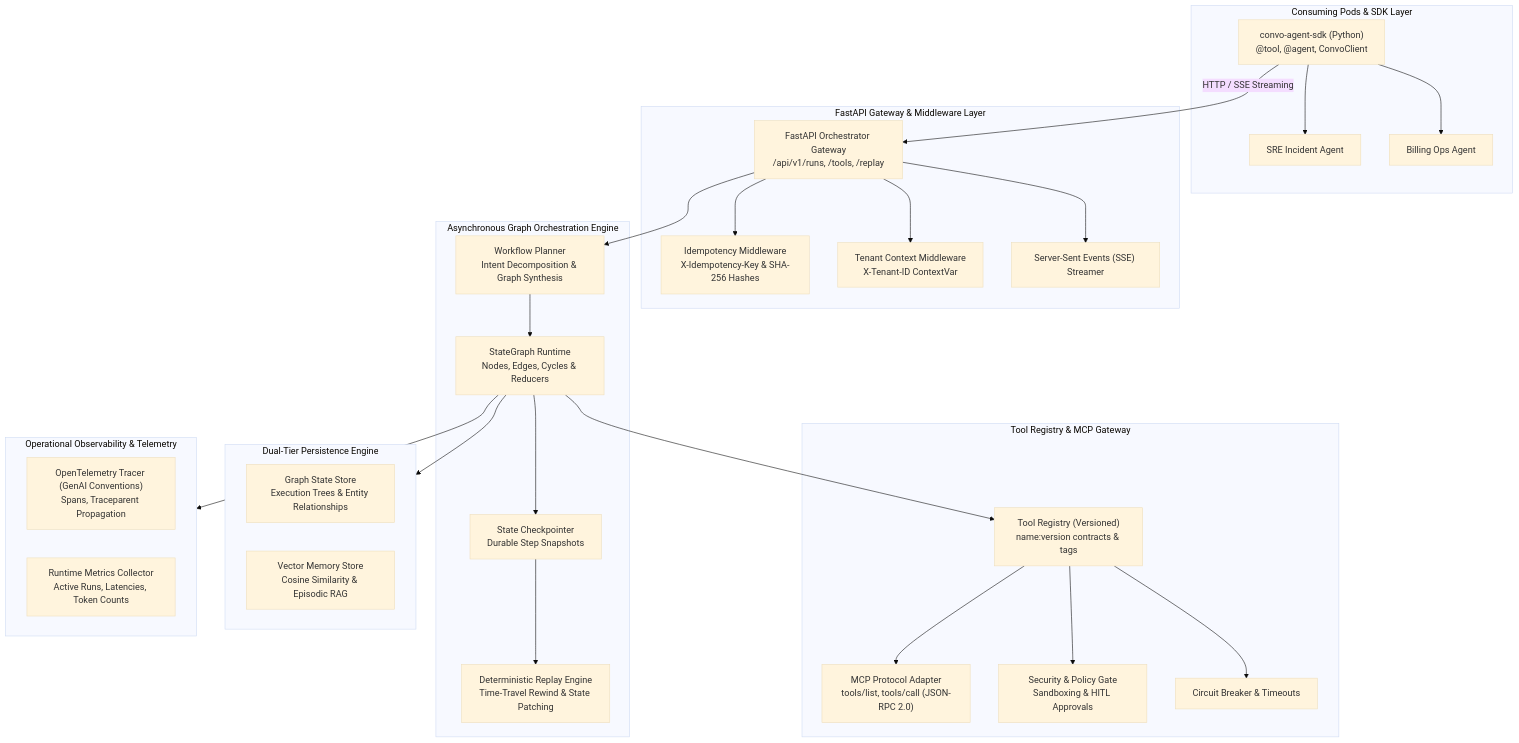
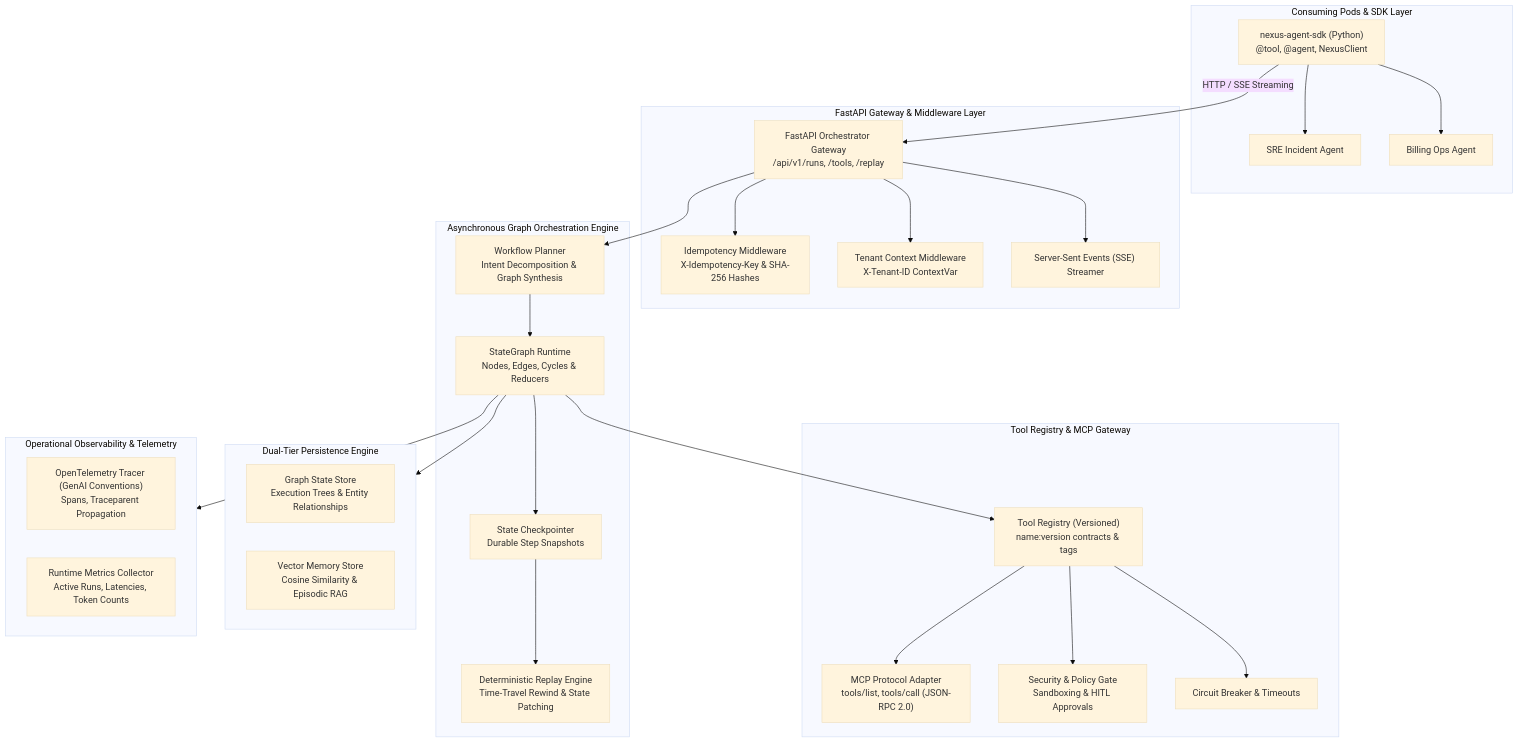
One commit to akmalkhaniub/nexus-agent-runtime changed the diagram in docs/ARCHITECTURE.md. Above: the diagram before and after it, drawn with Mermaid (base theme). The commit also changed other lines of this file and 94 other files, not shown here.

Commit message:
feat: refactor into generic Nexus Agent Runtime platform

````diff
--- a/docs/ARCHITECTURE.md
+++ b/docs/ARCHITECTURE.md
@@ -19,58 +19,58 @@
 ```mermaid
 flowchart TB
     subgraph ClientSDK ["Consuming Pods & SDK Layer"]
-        SDK["convo-agent-sdk (Python)<br/>@tool, @agent, ConvoClient"]
+        SDK["nexus-agent-sdk (Python)<br/>@tool, @agent, NexusClient"]
         AgentSRE["SRE Incident Agent"]
         AgentBilling["Billing Ops Agent"]
         SDK --> AgentSRE
         SDK --> AgentBilling
     end
 
     subgraph Gateway ["FastAPI Gateway & Middleware Layer"]
         API["FastAPI Orchestrator Gateway<br/>/api/v1/runs, /tools, /replay"]
         IdemGuard["Idempotency Middleware<br/>X-Idempotency-Key & SHA-256 Hashes"]
         TenantGuard["Tenant Context Middleware<br/>X-Tenant-ID ContextVar"]
         SSEHub["Server-Sent Events (SSE) Streamer"]
         API --> IdemGuard
         API --> TenantGuard
         API --> SSEHub
     end
 
     subgraph CoreEngine ["Asynchronous Graph Orchestration Engine"]
         Planner["Workflow Planner<br/>Intent Decomposition & Graph Synthesis"]
         StateGraphEngine["StateGraph Runtime<br/>Nodes, Edges, Cycles & Reducers"]
         Checkpointer["State Checkpointer<br/>Durable Step Snapshots"]
         ReplayEngine["Deterministic Replay Engine<br/>Time-Travel Rewind & State Patching"]
         
         Planner --> StateGraphEngine
         StateGraphEngine --> Checkpointer
         Checkpointer --> ReplayEngine
     end
 
     subgraph ToolSubsystem ["Tool Registry & MCP Gateway"]
         Registry["Tool Registry (Versioned)<br/>name:version contracts & tags"]
         MCPAdapter["MCP Protocol Adapter<br/>tools/list, tools/call (JSON-RPC 2.0)"]
         PolicyGate["Security & Policy Gate<br/>Sandboxing & HITL Approvals"]
         CB["Circuit Breaker & Timeouts"]
         
         Registry --> MCPAdapter
         Registry --> PolicyGate
         Registry --> CB
     end
 
     subgraph Persistence ["Dual-Tier Persistence Engine"]
         GraphStore["Graph State Store<br/>Execution Trees & Entity Relationships"]
         VectorStore["Vector Memory Store<br/>Cosine Similarity & Episodic RAG"]
     end
 
     subgraph Observability ["Operational Observability & Telemetry"]
         OTel["OpenTelemetry Tracer (GenAI Conventions)<br/>Spans, Traceparent Propagation"]
         Metrics["Runtime Metrics Collector<br/>Active Runs, Latencies, Token Counts"]
     end
 
     SDK -->|HTTP / SSE Streaming| API
     API --> Planner
     StateGraphEngine --> Registry
     StateGraphEngine --> Persistence
     StateGraphEngine --> Observability
 ```
````
